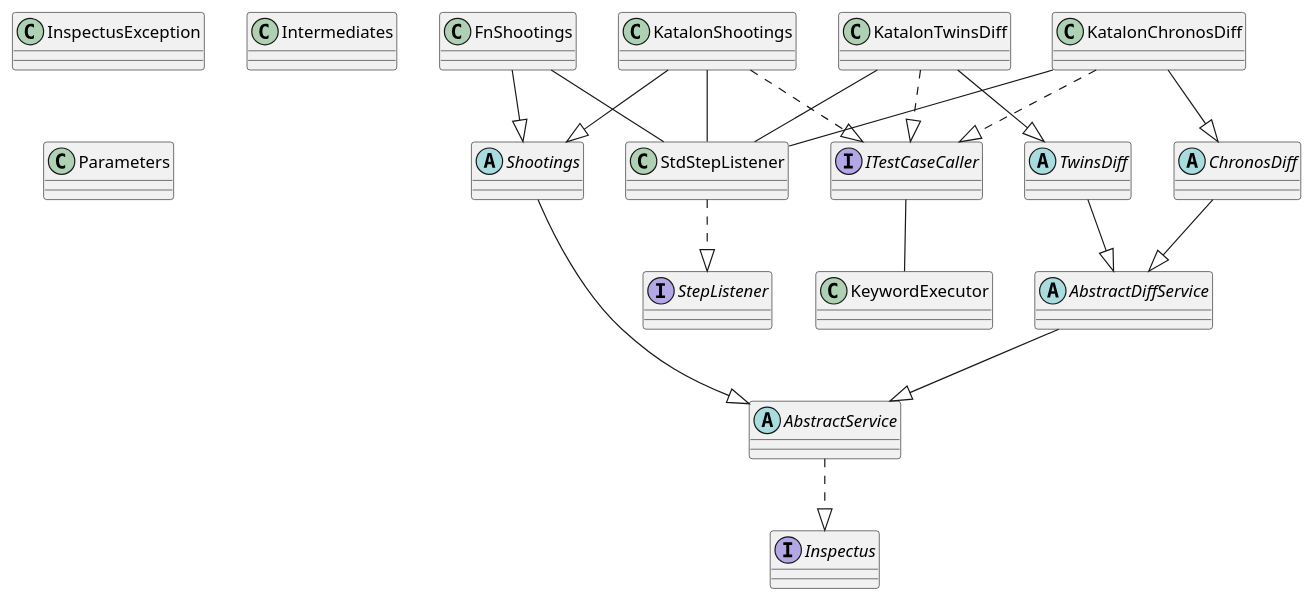
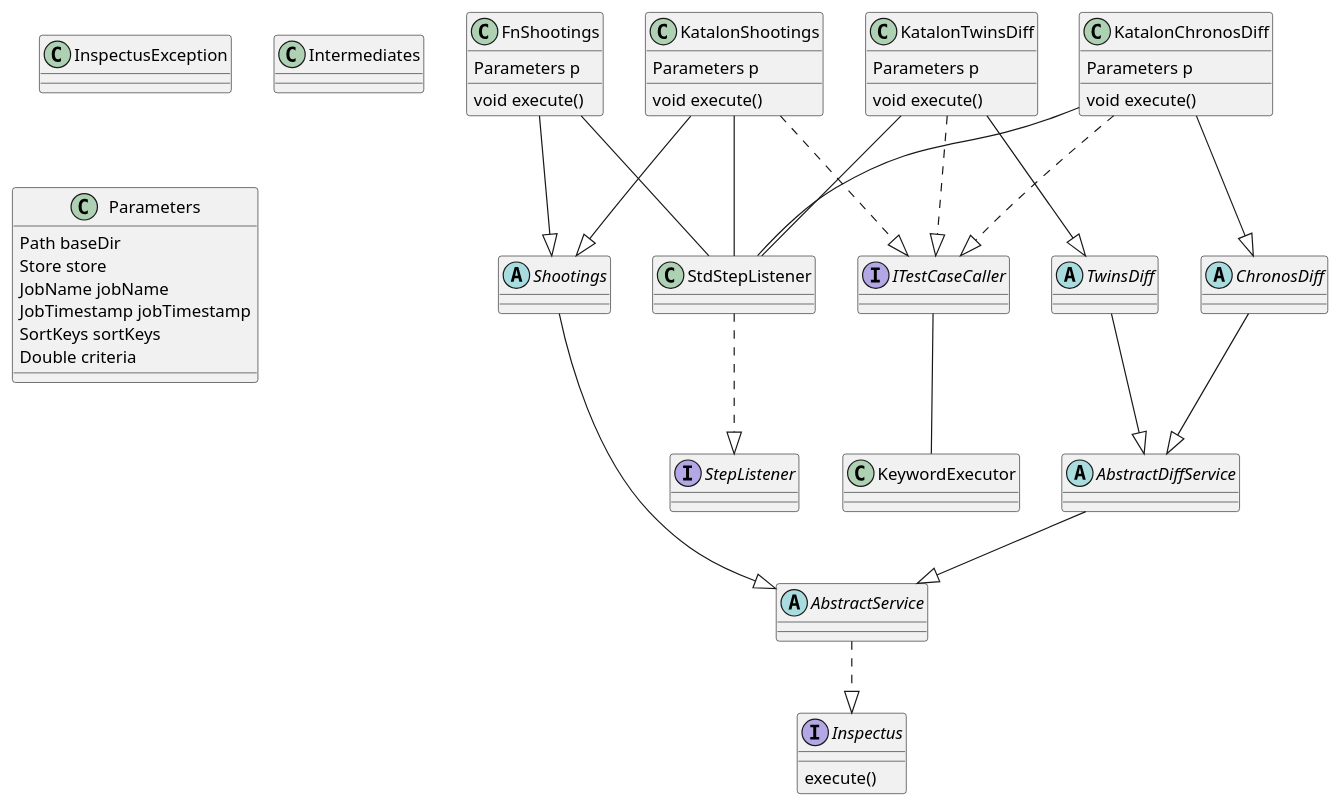
The diagram in docs/diagrams/src/class.pu (kazurayam/inspectus), drawn with PlantUML before and after one commit. The commit also changed 77 other files, not shown here.

```diff
--- a/docs/diagrams/src/class.pu
+++ b/docs/diagrams/src/class.pu
@@ -1,38 +1,58 @@
 @startuml
 abstract class "AbstractDiffService"
 abstract class "AbstractService"
 abstract class "ChronosDiff"
 interface "Inspectus"
+Inspectus : execute()
 class "InspectusException"
 class "Intermediates"
-class "Parameters"
+class "Parameters" {
+  Path baseDir
+  Store store
+  JobName jobName
+  JobTimestamp jobTimestamp
+  SortKeys sortKeys
+  Double criteria
+}
 abstract class "Shootings"
 class "StdStepListener"
 interface "StepListener"
 abstract class "TwinsDiff"
-class "FnShootings"
+class "FnShootings" {
+  Parameters p
+  void execute()
+}
 interface "ITestCaseCaller"
-class "KatalonChronosDiff"
-class "KatalonShootings"
-class "KatalonTwinsDiff"
+class "KatalonChronosDiff" {
+  Parameters p
+  void execute()
+}
+class "KatalonShootings" {
+  Parameters p
+  void execute()
+}
+class "KatalonTwinsDiff" {
+  Parameters p
+  void execute()
+}
 class "KeywordExecutor"
 
 AbstractService ..|> Inspectus
 AbstractDiffService --|> AbstractService
 Shootings --|> AbstractService
 FnShootings --|> Shootings
 ChronosDiff --|> AbstractDiffService
 TwinsDiff --|> AbstractDiffService
 KatalonShootings --|> Shootings
 KatalonChronosDiff --|> ChronosDiff
 KatalonTwinsDiff --|> TwinsDiff
 StdStepListener ..|> StepListener
 ITestCaseCaller -- KeywordExecutor
 KatalonChronosDiff ..|> ITestCaseCaller
 KatalonTwinsDiff ..|> ITestCaseCaller
 KatalonShootings ..|> ITestCaseCaller
 FnShootings -- StdStepListener
 KatalonChronosDiff -- StdStepListener
 KatalonTwinsDiff -- StdStepListener
 KatalonShootings -- StdStepListener
 @enduml
```
